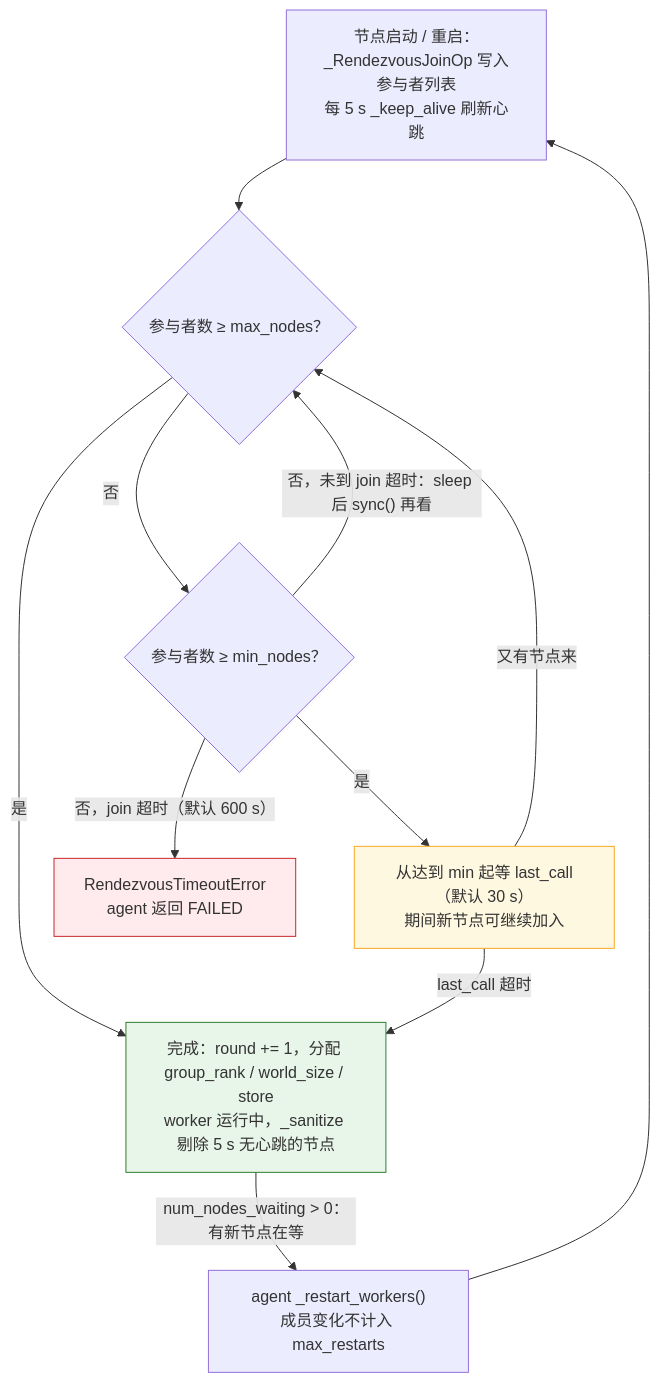
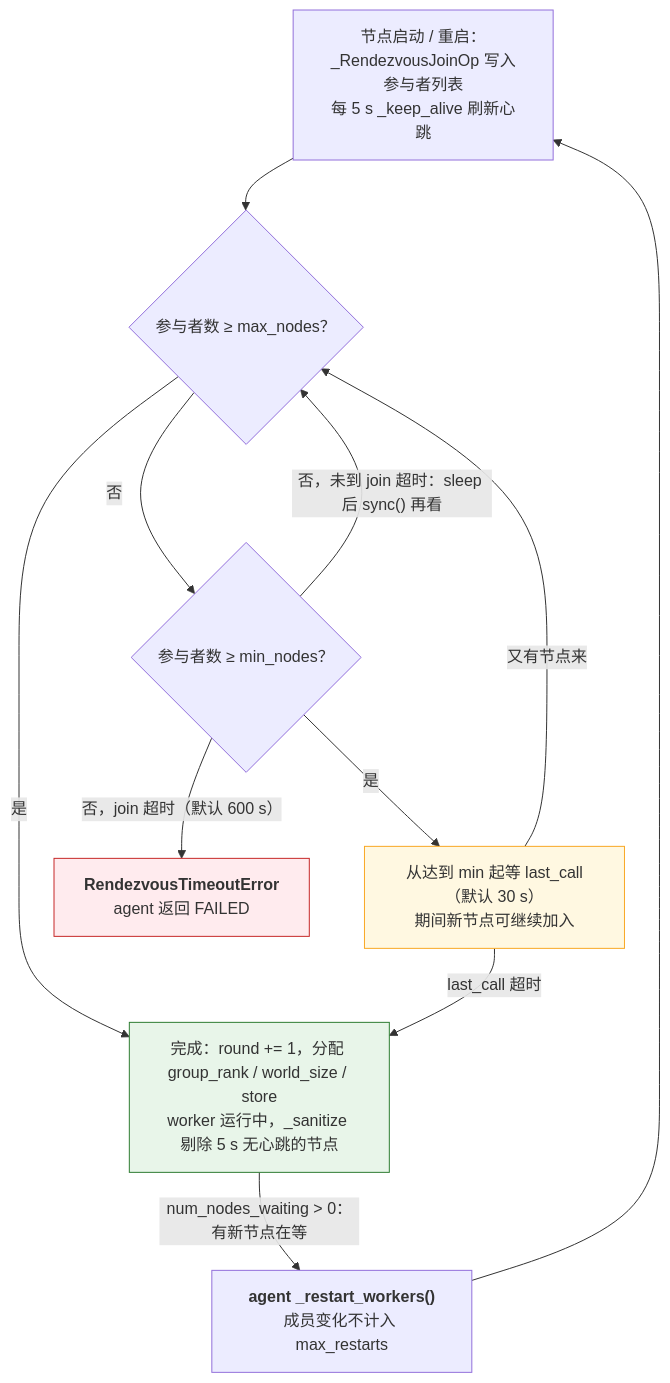
Before and after one commit to arganzheng/arganzheng.github.com: the first of 5 diagrams in _posts/2026-07-25-fault-tolerance-and-elastic-training.md, drawn with Mermaid. The commit also changed other lines of this file and 8 other files, not shown here.

First line of the commit message:
大规模训练工程：从并行策略到容错恢复：Mermaid 多行方框的首行标为标题（9 篇）

````diff
--- a/_posts/2026-07-25-fault-tolerance-and-elastic-training.md
+++ b/_posts/2026-07-25-fault-tolerance-and-elastic-training.md
@@ -313,19 +313,19 @@
 ```mermaid
 %% 图：rendezvous 的分支与四个超时：到 max 立即完成，到 min 后再等 last_call，join 超时则 FAILED
 flowchart TB
     S["节点启动 / 重启：_RendezvousJoinOp 写入参与者列表<br/>每 5 s _keep_alive 刷新心跳"] --> Q1{"参与者数 ≥ max_nodes？"}
     Q1 -->|"是"| DONE["完成：round += 1，分配 group_rank / world_size / store<br/>worker 运行中，_sanitize 剔除 5 s 无心跳的节点"]
     Q1 -->|"否"| Q2{"参与者数 ≥ min_nodes？"}
     Q2 -->|"是"| LC["从达到 min 起等 last_call（默认 30 s）<br/>期间新节点可继续加入"]
     LC -->|"又有节点来"| Q1
     LC -->|"last_call 超时"| DONE
     Q2 -->|"否，未到 join 超时：sleep 后 sync() 再看"| Q1
-    Q2 -->|"否，join 超时（默认 600 s）"| FAIL["RendezvousTimeoutError<br/>agent 返回 FAILED"]
-    DONE -->|"num_nodes_waiting > 0：有新节点在等"| RS["agent _restart_workers()<br/>成员变化不计入 max_restarts"] --> S
+    Q2 -->|"否，join 超时（默认 600 s）"| FAIL["<b>RendezvousTimeoutError</b><br/>agent 返回 FAILED"]
+    DONE -->|"num_nodes_waiting > 0：有新节点在等"| RS["<b>agent _restart_workers()</b><br/>成员变化不计入 max_restarts"] --> S
     classDef ok fill:#e8f5e9,stroke:#2e7d32;
     classDef bad fill:#ffebee,stroke:#c62828;
     classDef wait fill:#fff8e1,stroke:#f9a825;
     class DONE ok;
     class FAIL bad;
     class LC wait;
 ```
````
